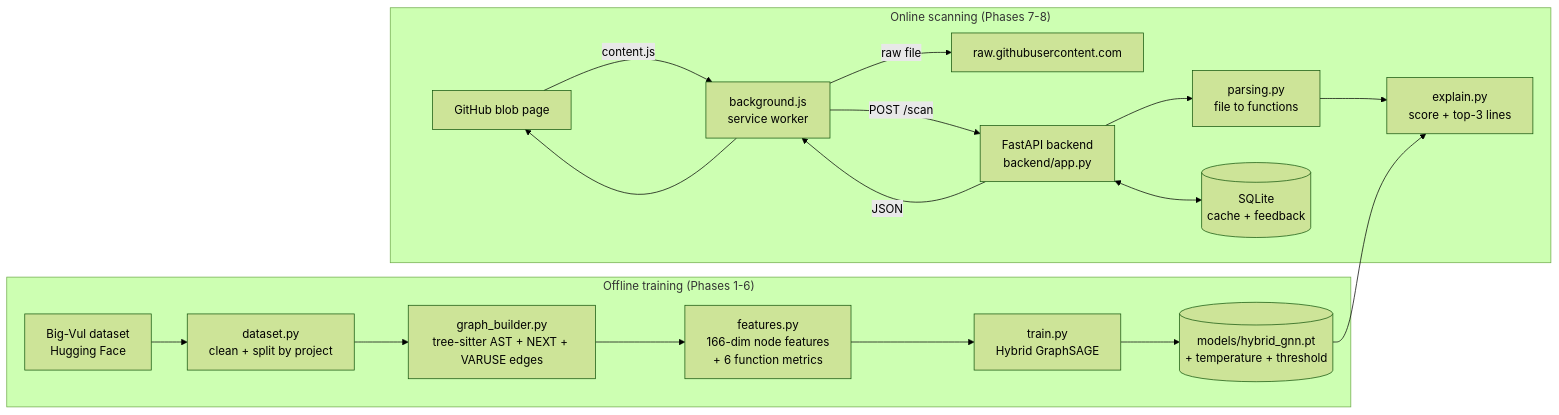
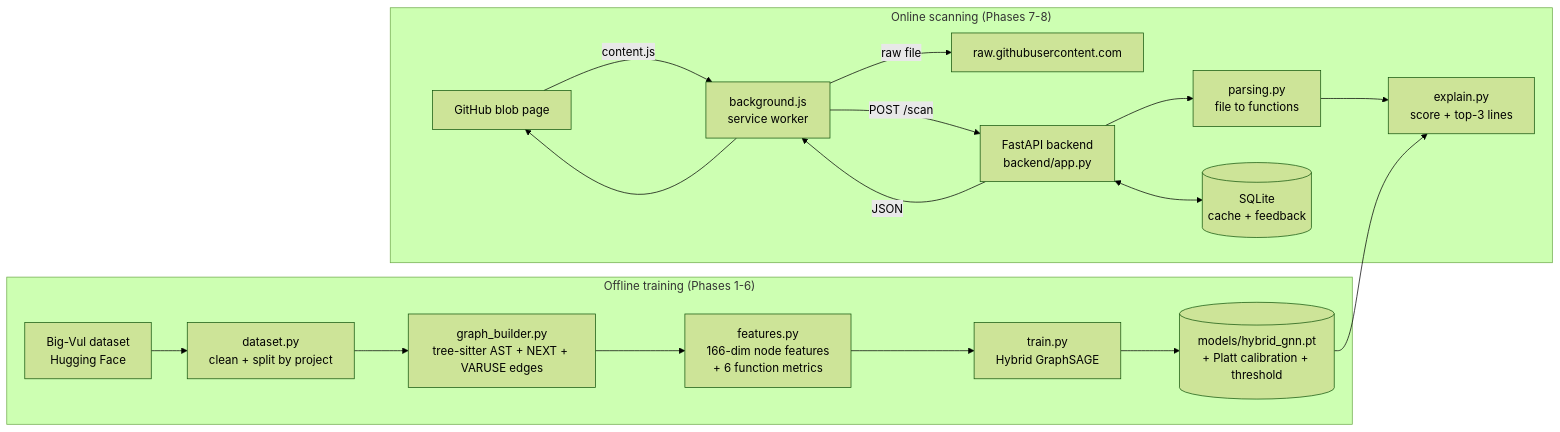
One commit to KrishnaGautam3007/ML-Project changed the diagram in README.md. Above: the diagram before and after it, drawn with Mermaid (forest theme). The commit also changed other lines of this file and 38 other files, not shown here.

````diff
--- a/README.md
+++ b/README.md
@@ -38,21 +40,21 @@
 ```mermaid
 flowchart LR
     subgraph Training["Offline training (Phases 1-6)"]
         A[Big-Vul dataset<br/>Hugging Face] --> B[dataset.py<br/>clean + split by project]
         B --> C[graph_builder.py<br/>tree-sitter AST + NEXT + VARUSE edges]
         C --> D[features.py<br/>166-dim node features<br/>+ 6 function metrics]
         D --> E[train.py<br/>Hybrid GraphSAGE]
-        E --> F[(models/hybrid_gnn.pt<br/>+ temperature + threshold)]
+        E --> F[(models/hybrid_gnn.pt<br/>+ Platt calibration + threshold)]
     end
 
     subgraph Serving["Online scanning (Phases 7-8)"]
         G[GitHub blob page] -->|content.js| H[background.js<br/>service worker]
         H -->|raw file| I[raw.githubusercontent.com]
         H -->|POST /scan| J[FastAPI backend<br/>backend/app.py]
         J --> K[parsing.py<br/>file to functions]
         K --> L[explain.py<br/>score + top-3 lines]
         F --> L
         J <--> M[(SQLite<br/>cache + feedback)]
         J -->|JSON| H --> G
     end
 ```
````
